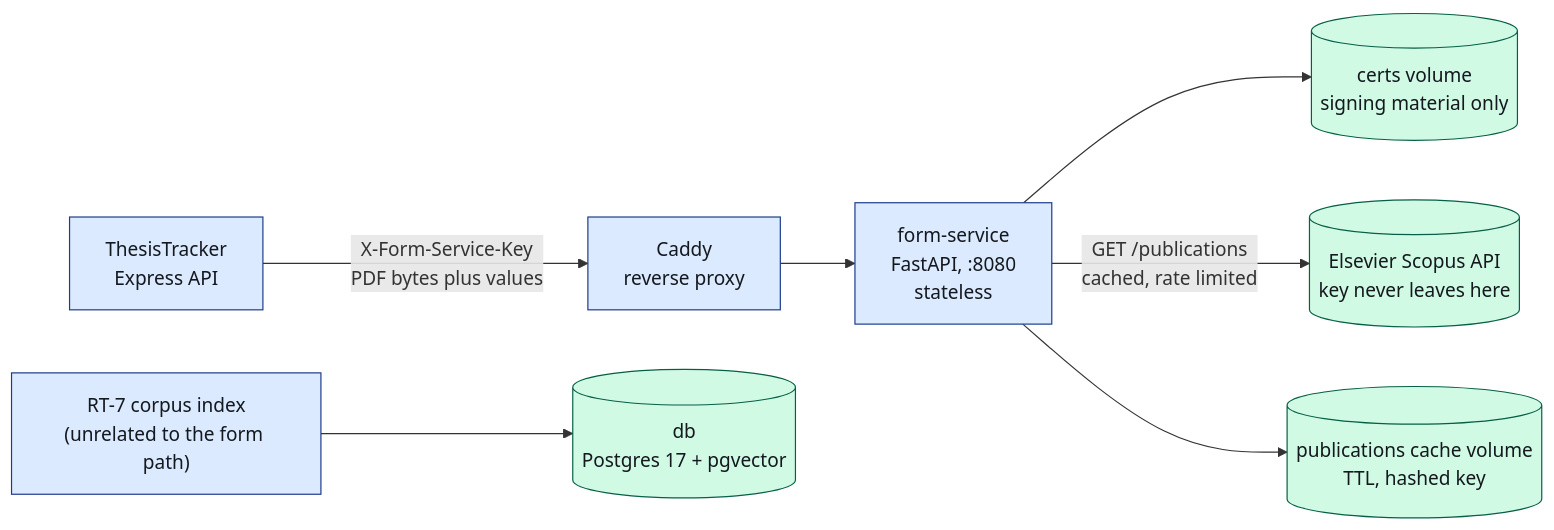
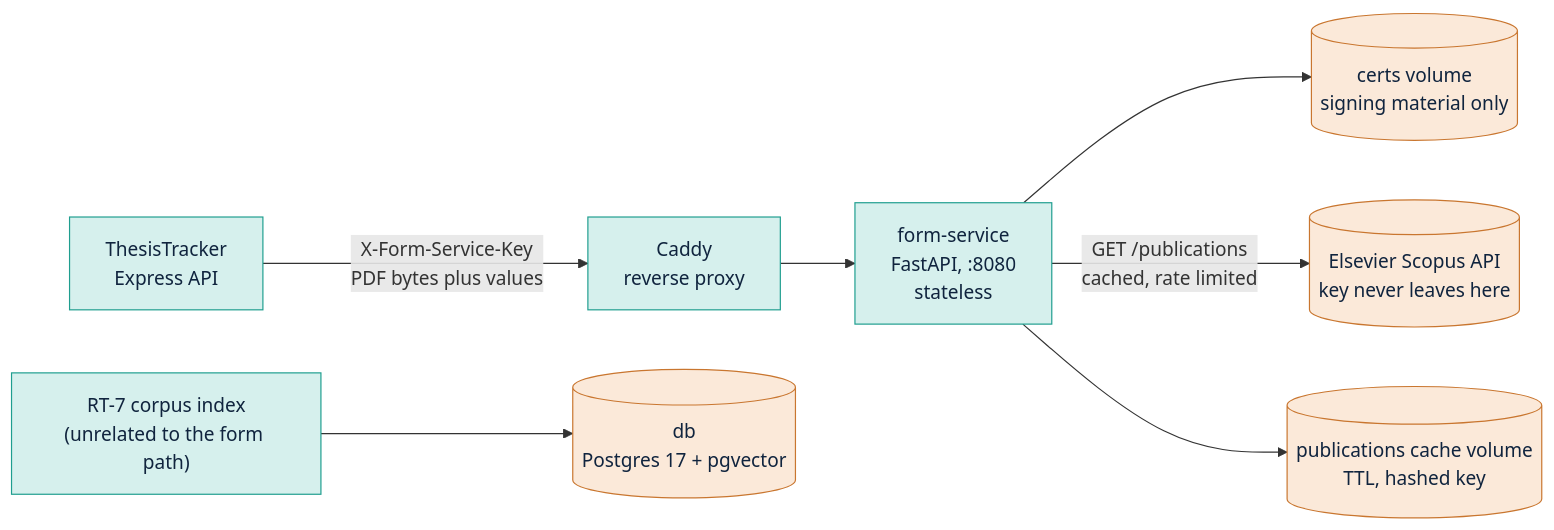
One commit to LARi-UQAC/ResearchTools changed the eighth of 8 diagrams in Architecture.md. Above: the diagram before and after it, drawn with Mermaid. The commit also changed other lines of this file and 3 other files, not shown here.

First line of the commit message:
docs: fix MkDocs GitHub Pages logo path, recolor Architecture.md diagrams

````diff
--- a/Architecture.md
+++ b/Architecture.md
@@ -636,14 +636,14 @@
 ```mermaid
 flowchart LR
   TT["ThesisTracker<br/>Express API"] -->|"X-Form-Service-Key<br/>PDF bytes plus values"| CADDY["Caddy<br/>reverse proxy"]
   CADDY --> FS["form-service<br/>FastAPI, :8080<br/>stateless"]
   FS --> CERT[("certs volume<br/>signing material only")]
   FS -->|"GET /publications<br/>cached, rate limited"| SCOPUS[("Elsevier Scopus API<br/>key never leaves here")]
   FS --> PUBCACHE[("publications cache volume<br/>TTL, hashed key")]
   RT7["RT-7 corpus index<br/>(unrelated to the form path)"] --> DB[("db<br/>Postgres 17 + pgvector")]
 
-  classDef svc fill:#DBEAFE,stroke:#1E3A8A,color:#14181F
-  classDef store fill:#D1FAE5,stroke:#065F46,color:#14181F
+  classDef svc fill:#D6F0ED,stroke:#1F9E8F,color:#10243E
+  classDef store fill:#FBE9D9,stroke:#C9762F,color:#10243E
   class TT,CADDY,FS,RT7 svc
   class CERT,DB,SCOPUS,PUBCACHE store
 ```
````
